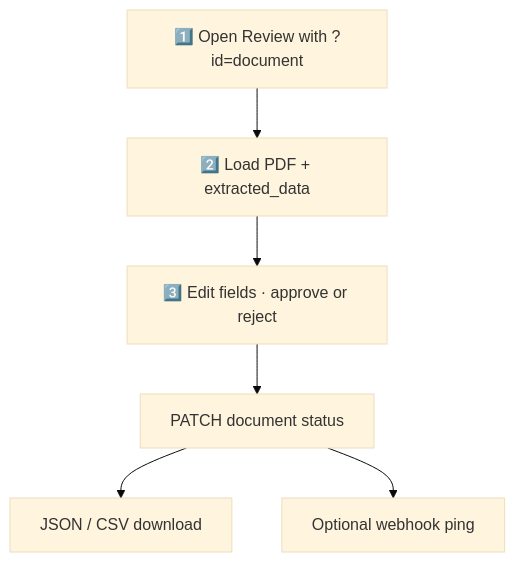
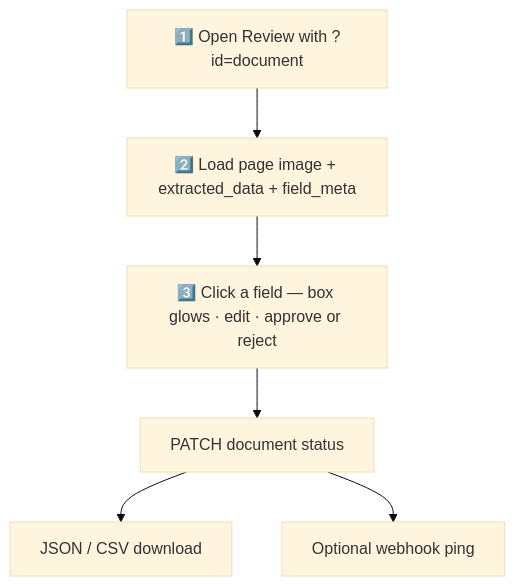
One commit to karan-chandel-asc/fieldline-document-intelligence changed the third of 3 diagrams in README.md. Above: the diagram before and after it, drawn with Mermaid (base theme). The commit also changed other lines of this file and 19 other files, not shown here.

````diff
--- a/README.md
+++ b/README.md
@@ -213,8 +218,8 @@
 ```mermaid
 flowchart TB
-  A[1️⃣ Open Review with ?id=document] --> B[2️⃣ Load PDF + extracted_data]
-  B --> C[3️⃣ Edit fields · approve or reject]
+  A[1️⃣ Open Review with ?id=document] --> B[2️⃣ Load page image + extracted_data + field_meta]
+  B --> C[3️⃣ Click a field — box glows · edit · approve or reject]
   C --> D[PATCH document status]
   D --> E[JSON / CSV download]
   D --> F[Optional webhook ping]
 ```
````
